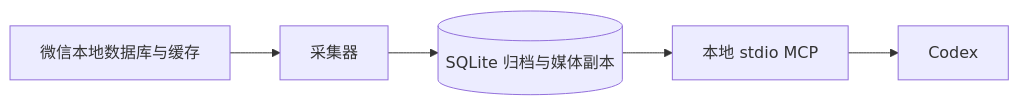
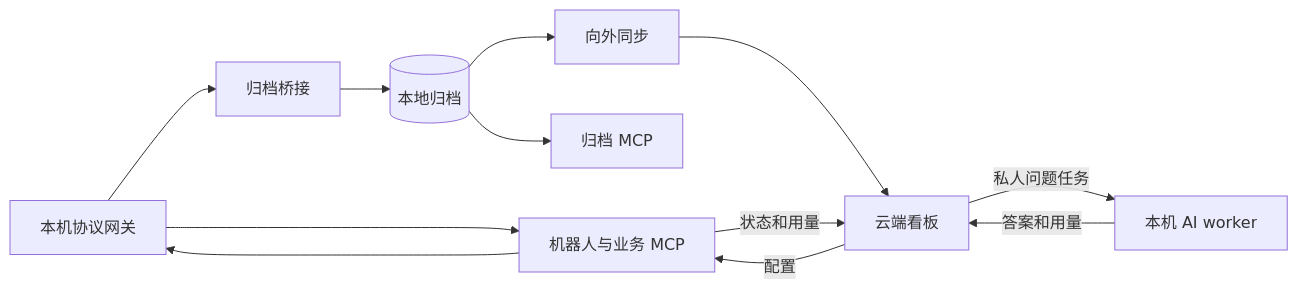
The diagram in README_zh.md (RethinkCraft/WeKeeper), drawn with Mermaid before and after one commit. The commit also changed other lines of this file and 255 other files, not shown here.

````diff
--- a/README_zh.md
+++ b/README_zh.md
@@ -37,7 +26,14 @@
 ```mermaid
 flowchart LR
-    W[微信本地数据库与缓存] --> C[采集器]
-    C --> A[(SQLite 归档与媒体副本)]
-    A --> M[本地 stdio MCP]
-    M --> X[Codex]
+    G[本机协议网关] --> B[机器人与业务 MCP]
+    B --> G
+    G --> P[归档桥接]
+    P --> A[(本地归档)]
+    A --> M[归档 MCP]
+    A --> S[向外同步]
+    S --> D[云端看板]
+    D -->|私人问题任务| Q[本机 AI worker]
+    Q -->|答案和用量| D
+    D -->|配置| B
+    B -->|状态和用量| D
 ```
````
